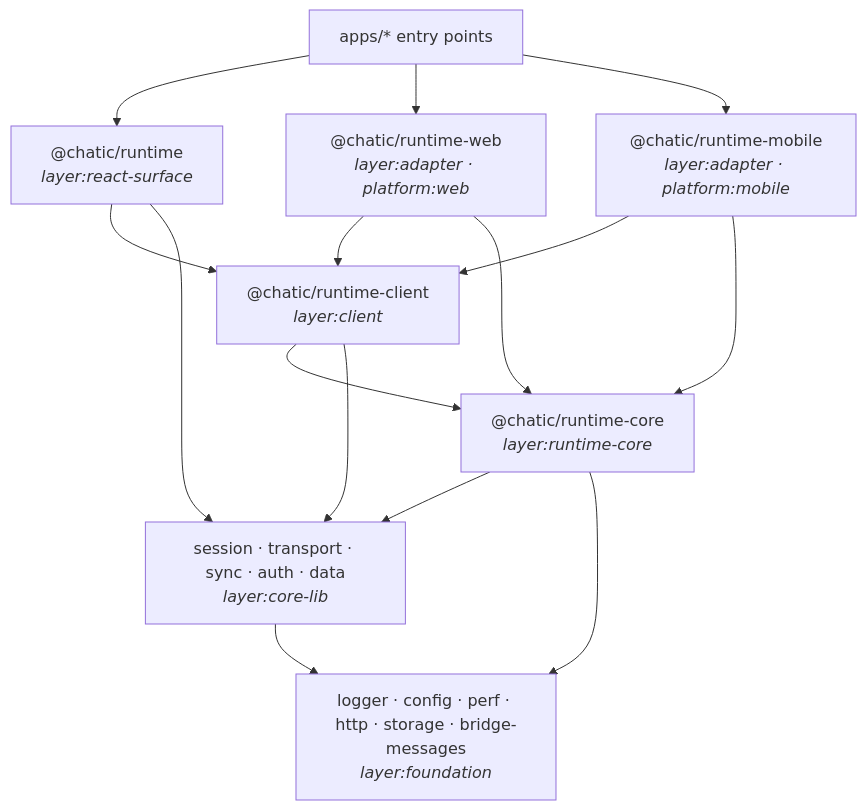
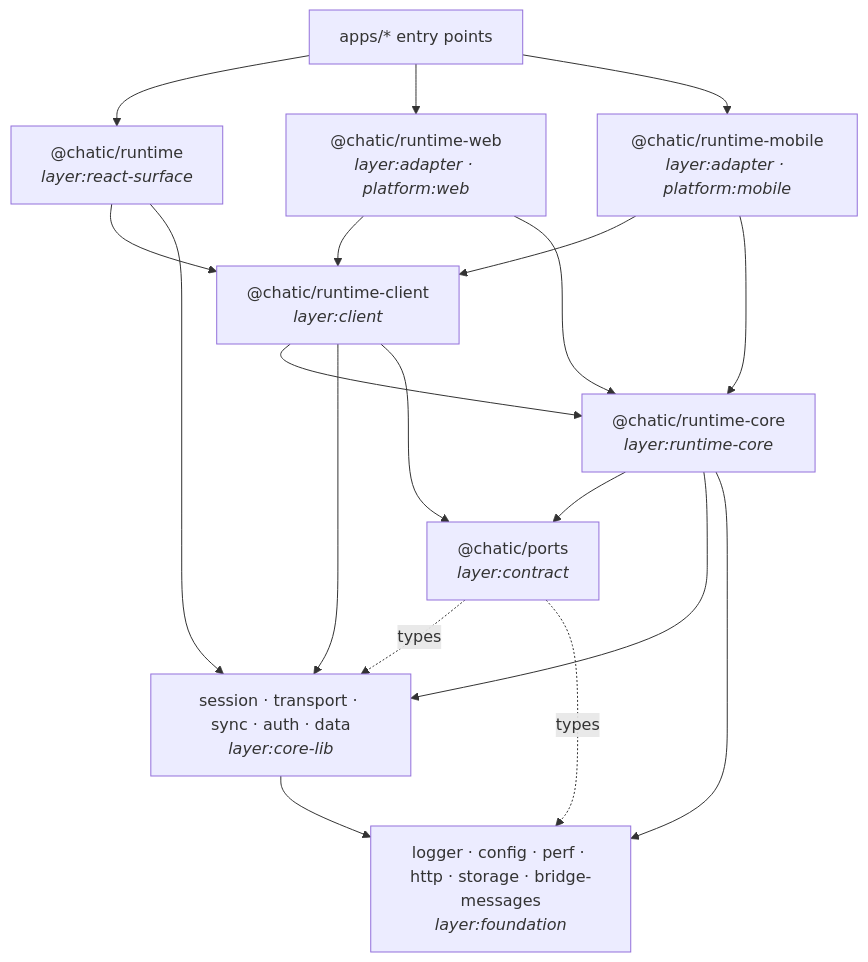
The diagram in libs/runtime-core/README.md (lemoncloud-io/dou-app), drawn with Mermaid before and after one commit. The commit also changed other lines of this file and 39 other files, not shown here.

````diff
--- a/libs/runtime-core/README.md
+++ b/libs/runtime-core/README.md
@@ -131,26 +135,31 @@
 ```mermaid
 flowchart TD
     Apps["apps/* entry points"]
     Surface["@chatic/runtime<br/><i>layer:react-surface</i>"]
     Client["@chatic/runtime-client<br/><i>layer:client</i>"]
     Web["@chatic/runtime-web<br/><i>layer:adapter · platform:web</i>"]
     Native["@chatic/runtime-mobile<br/><i>layer:adapter · platform:mobile</i>"]
     Core["@chatic/runtime-core<br/><i>layer:runtime-core</i>"]
+    Ports["@chatic/ports<br/><i>layer:contract</i>"]
     Libs["session · transport · sync · auth · data<br/><i>layer:core-lib</i>"]
     Found["logger · config · perf · http · storage · bridge-messages<br/><i>layer:foundation</i>"]
 
     Apps --> Surface
     Apps --> Web
     Apps --> Native
     Surface --> Client
     Surface --> Libs
     Web --> Client
     Native --> Client
     Client --> Core
     Client --> Libs
     Web --> Core
     Native --> Core
+    Core --> Ports
+    Client --> Ports
+    Ports -. types .-> Libs
+    Ports -. types .-> Found
     Core --> Libs
     Core --> Found
     Libs --> Found
 ```
````
